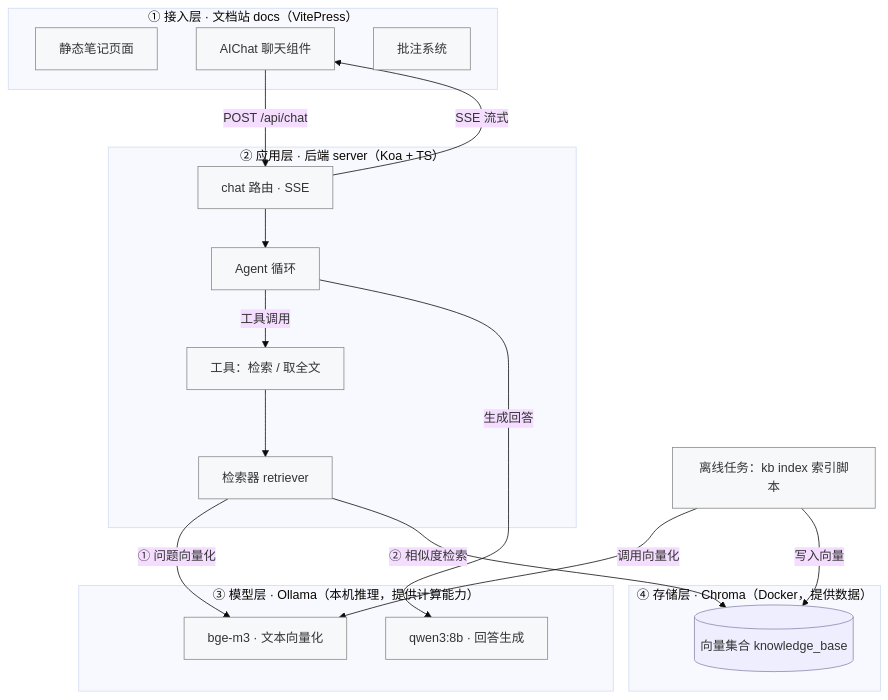
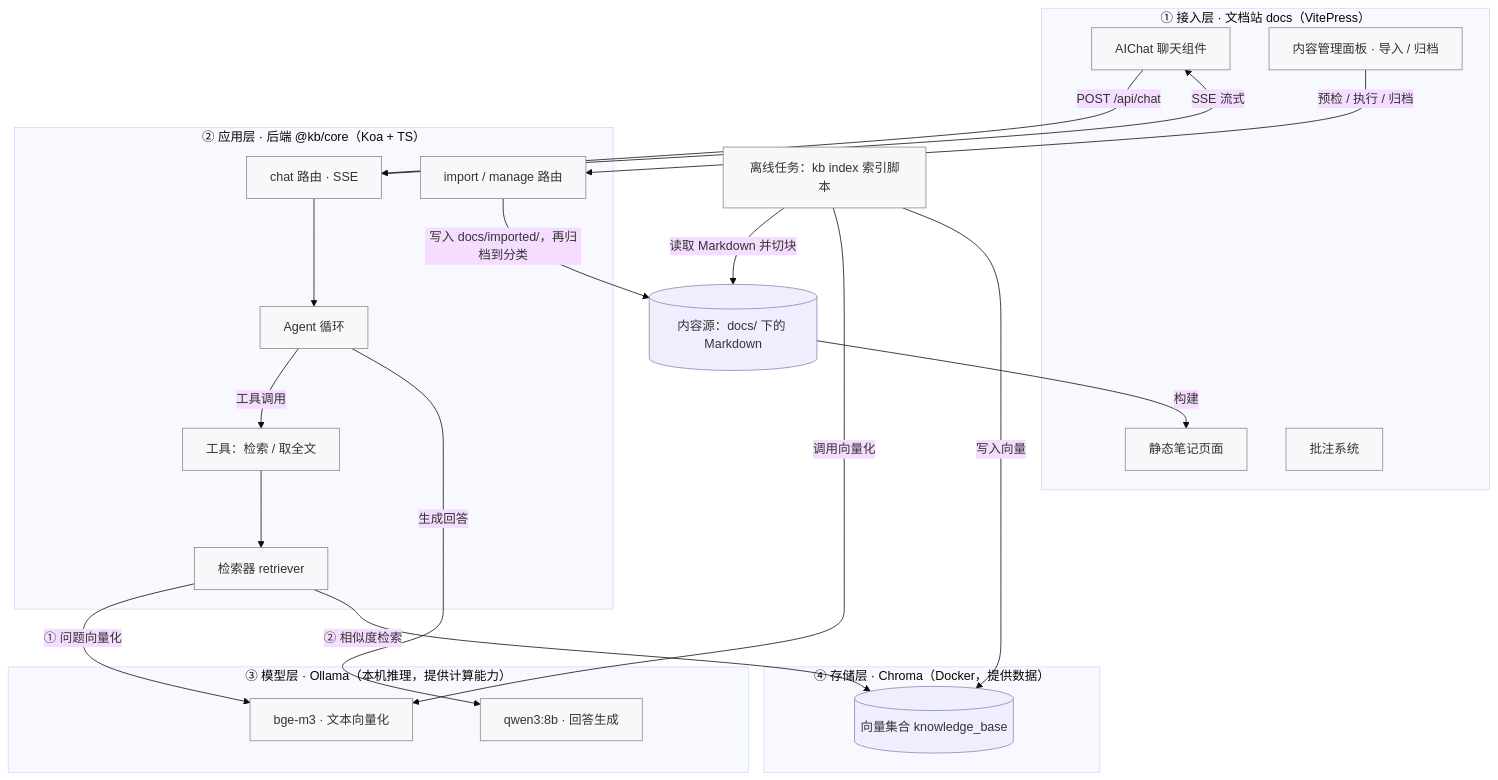
One commit to jun2333/knowledge changed the first of 2 diagrams in docs/project-architecture/01-overview.md. Above: the diagram before and after it, drawn with Mermaid (base theme). The commit also changed other lines of this file and 24 other files, not shown here.

````diff
--- a/docs/project-architecture/01-overview.md
+++ b/docs/project-architecture/01-overview.md
@@ -26,40 +26,48 @@
 ```mermaid
 flowchart TB
   subgraph L1["① 接入层 · 文档站 docs（VitePress）"]
     S[静态笔记页面]:::box
     C[AIChat 聊天组件]:::box
     AN[批注系统]:::box
+    MG[内容管理面板 · 导入 / 归档]:::box
   end
 
-  subgraph L2["② 应用层 · 后端 server（Koa + TS）"]
+  subgraph L2["② 应用层 · 后端 @kb/core（Koa + TS）"]
     R[chat 路由 · SSE]:::box
     L[Agent 循环]:::box
     T[工具：检索 / 取全文]:::box
     RT[检索器 retriever]:::box
+    IM[import / manage 路由]:::box
   end
 
   subgraph L3["③ 模型层 · Ollama（本机推理，提供计算能力）"]
     OE[bge-m3 · 文本向量化]:::box
     OL[qwen3:8b · 回答生成]:::box
   end
 
   subgraph L4["④ 存储层 · Chroma（Docker，提供数据）"]
     CH[(向量集合 knowledge_base)]:::db
   end
 
+  FS[(内容源：docs/ 下的 Markdown)]:::db
   IX["离线任务：kb index 索引脚本"]:::box
 
   C -->|POST /api/chat| R
   R --> L
   L -->|工具调用| T
   T --> RT
   RT -->|"① 问题向量化"| OE
   RT -->|"② 相似度检索"| CH
   L -->|生成回答| OL
   R -->|SSE 流式| C
-  IX -->|调用向量化| OE
-  IX -->|写入向量| CH
+
+  MG -->|"预检 / 执行 / 归档"| IM
+  IM -->|"写入 docs/imported/，再归档到分类"| FS
+  FS -->|"构建"| S
+  IX -->|"读取 Markdown 并切块"| FS
+  IX -->|"调用向量化"| OE
+  IX -->|"写入向量"| CH
 
   classDef box fill:#f6f8fa,stroke:#888,stroke-width:1px;
   classDef db fill:#eef,stroke:#88a,stroke-width:1px;
 ```
````
